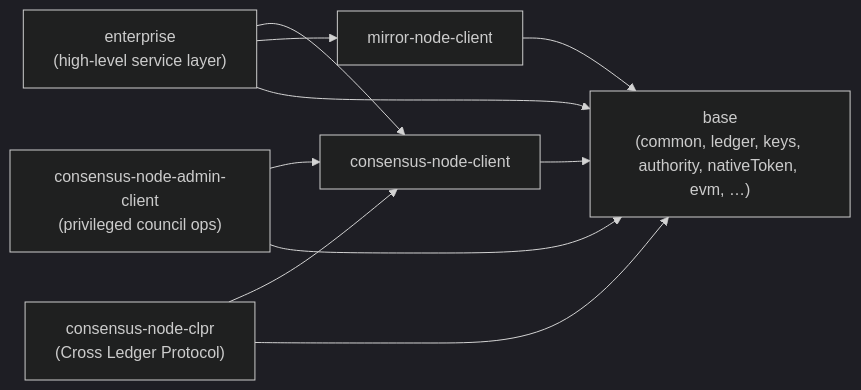
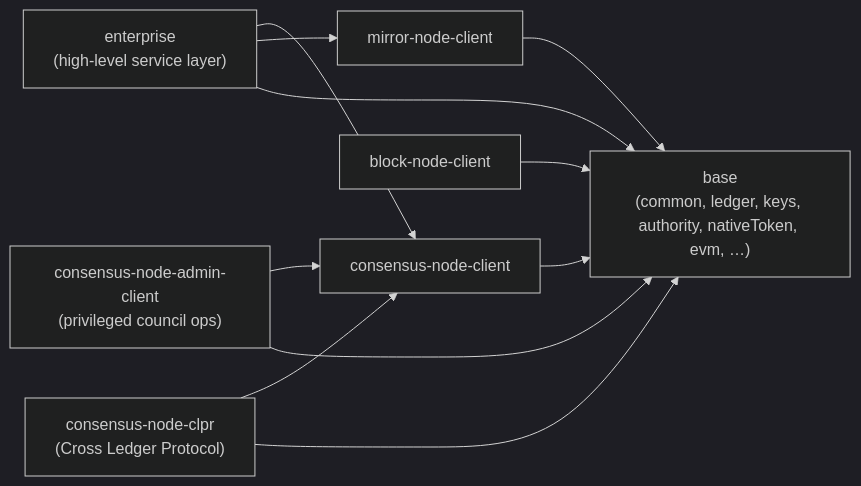
One commit to hiero-hackers/hiero-sdk-v3-prototyping changed the first of 9 diagrams in spec/dependencies.md. Above: the diagram before and after it, drawn with Mermaid (dark theme). The commit also changed other lines of this file and 5 other files, not shown here.

Commit message:
feat: add block-node-client and related documentation

````diff
--- a/spec/dependencies.md
+++ b/spec/dependencies.md
@@ -22,19 +23,21 @@
 ```mermaid
 flowchart LR
     enterprise["enterprise<br/>(high-level service layer)"]
     consensus["consensus-node-client"]
     admin["consensus-node-admin-client<br/>(privileged council ops)"]
     clpr["consensus-node-clpr<br/>(Cross Ledger Protocol)"]
     mirror["mirror-node-client"]
+    block["block-node-client"]
     base["base<br/>(common, ledger, keys, authority, nativeToken, evm, …)"]
 
     enterprise --> consensus
     enterprise --> mirror
     enterprise --> base
     consensus --> base
     admin --> consensus
     admin --> base
     clpr --> consensus
     clpr --> base
     mirror --> base
+    block --> base
 ```
````
